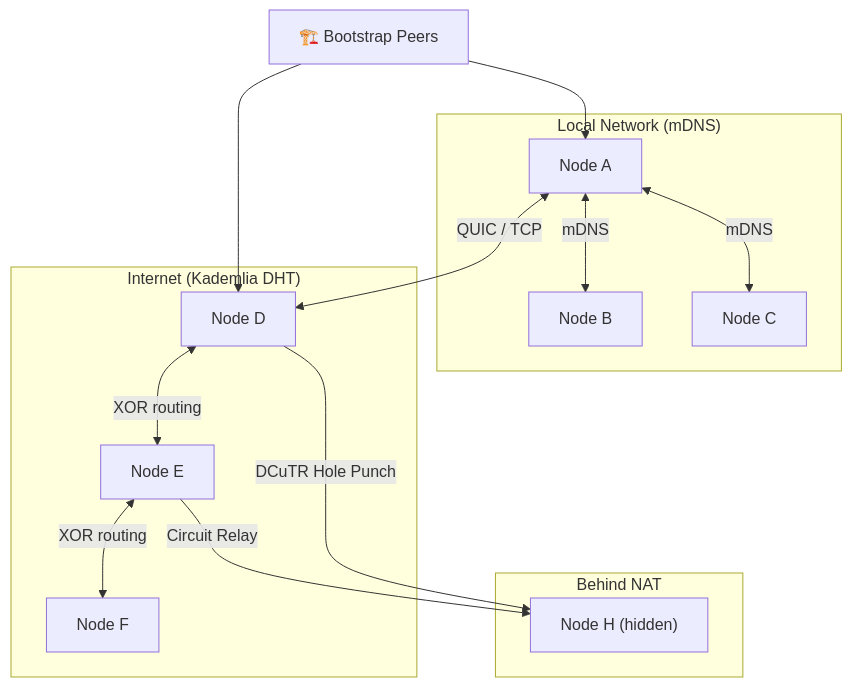
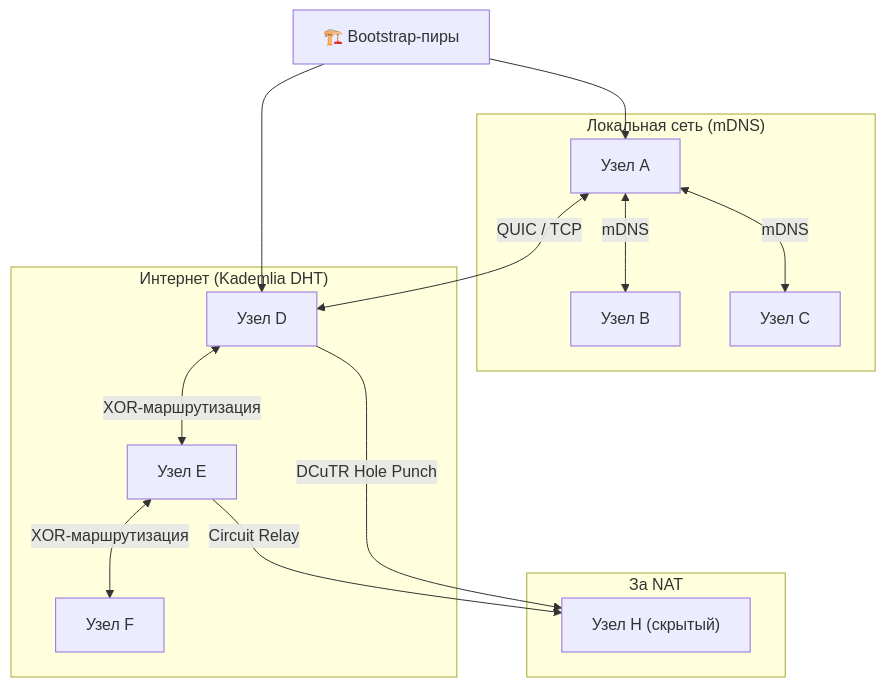
One commit to yunusovt983-art/ipfrs-ai changed the seventh of 8 diagrams in README.md. Above: the diagram before and after it, drawn with Mermaid. The commit also changed other lines of this file, not shown here.

First line of the commit message:
docs: Translate README to Russian + add architecture docs table

````diff
--- a/README.md
+++ b/README.md
@@ -175,23 +178,23 @@
 ```mermaid
 graph TD
-    BS["🏗️ Bootstrap Peers"]
+    BS["🏗️ Bootstrap-пиры"]
 
-    subgraph LAN ["Local Network (mDNS)"]
-        A["Node A"] <-->|"mDNS"| B["Node B"]
-        A <-->|"mDNS"| C["Node C"]
+    subgraph LAN ["Локальная сеть (mDNS)"]
+        A["Узел A"] <-->|"mDNS"| B["Узел B"]
+        A <-->|"mDNS"| C["Узел C"]
     end
 
-    subgraph WAN ["Internet (Kademlia DHT)"]
-        D["Node D"] <-->|"XOR routing"| E["Node E"]
-        E <-->|"XOR routing"| F["Node F"]
+    subgraph WAN ["Интернет (Kademlia DHT)"]
+        D["Узел D"] <-->|"XOR-маршрутизация"| E["Узел E"]
+        E <-->|"XOR-маршрутизация"| F["Узел F"]
     end
 
-    subgraph NAT ["Behind NAT"]
-        H["Node H (hidden)"]
+    subgraph NAT ["За NAT"]
+        H["Узел H (скрытый)"]
     end
 
     BS --> A & D
     A <-->|"QUIC / TCP"| D
     E -->|"Circuit Relay"| H
     D -->|"DCuTR Hole Punch"| H
 ```
````
